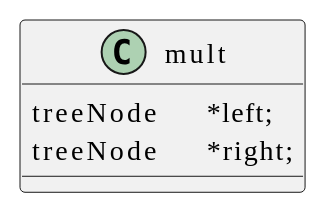
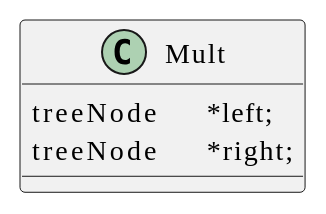
One commit to t-h2o/parsmath changed the eighth of 10 diagrams in assets/README.adoc. Above: the diagram before and after it, drawn with PlantUML. The commit also changed other lines of this file and 6 other files, not shown here.

```diff
--- a/assets/README.adoc
+++ b/assets/README.adoc
@@ -92,12 +92,12 @@
 [plantuml, target=class_mult, format=svg, width=100%]
 ....
 @startuml
 skinparam defaultFontName JetBrains Mono
 
-class mult {
+class Mult {
   treeNode	*left;
   treeNode	*right;
 }
 
 @enduml
 ....
```
